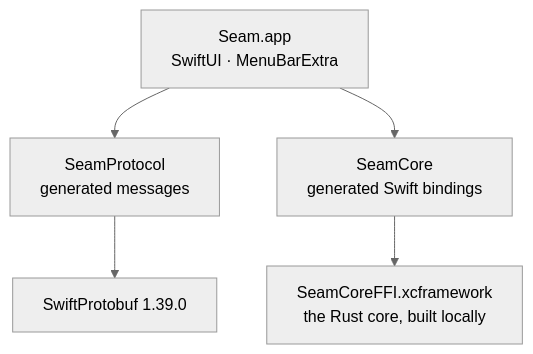
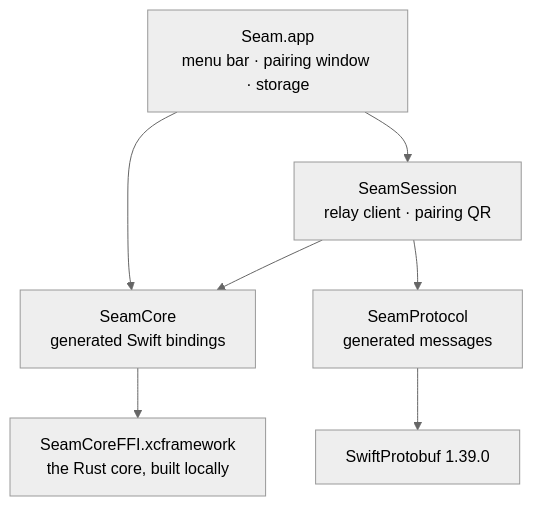
Before and after one commit to aveterosystems/seam: the diagram in apps/mac/README.md, drawn with Mermaid (neutral theme). The commit also changed other lines of this file and 76 other files, not shown here.

First line of the commit message:
M1: relay, QR pairing, encrypted state, battery status

````diff
--- a/apps/mac/README.md
+++ b/apps/mac/README.md
@@ -9,7 +9,9 @@
 ```mermaid
 flowchart TB
-    App["Seam.app<br/>SwiftUI · MenuBarExtra"] --> SP["SeamProtocol<br/>generated messages"]
-    App --> SC["SeamCore<br/>generated Swift bindings"]
+    App["Seam.app<br/>menu bar · pairing window · storage"] --> SS["SeamSession<br/>relay client · pairing QR"]
+    App --> SC
+    SS --> SC["SeamCore<br/>generated Swift bindings"]
+    SS --> SP["SeamProtocol<br/>generated messages"]
     SC --> FFI["SeamCoreFFI.xcframework<br/>the Rust core, built locally"]
     SP --> SPB["SwiftProtobuf 1.39.0"]
 ```
````
